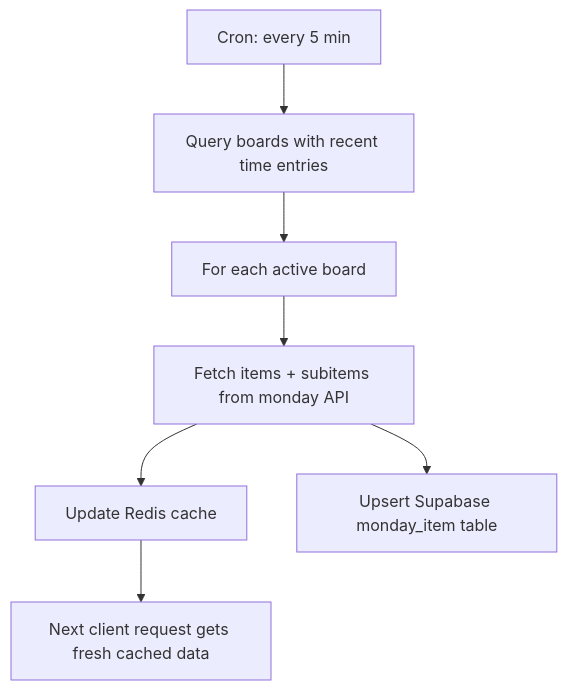
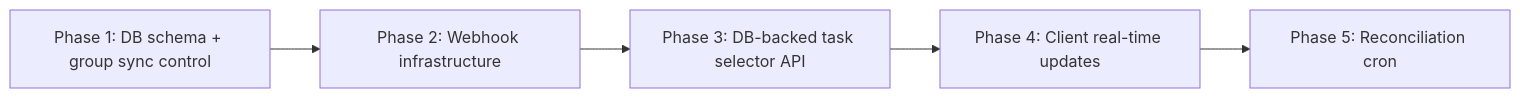
Before and after one commit to diekommunikatoere/monday_timetracker: the first of 4 diagrams in plans/optimize-task-item-selector.md, drawn with Mermaid. The commit also changed other lines of this file, not shown here.

First line of the commit message:
docs: update task selector optimization plan

````diff
--- a/plans/optimize-task-item-selector.md
+++ b/plans/optimize-task-item-selector.md
@@ -34,9 +30,7 @@
 ```mermaid
-flowchart TD
-    A[Cron: every 5 min] --> B[Query boards with recent time entries]
-    B --> C[For each active board]
-    C --> D[Fetch items + subitems from monday API]
-    D --> E[Update Redis cache]
-    D --> F[Upsert Supabase monday_item table]
-    E --> G[Next client request gets fresh cached data]
+flowchart LR
+    A[Phase 1: DB schema + group sync control] --> B[Phase 2: Webhook infrastructure]
+    B --> C[Phase 3: DB-backed task selector API]
+    C --> D[Phase 4: Client real-time updates]
+    D --> E[Phase 5: Reconciliation cron]
 ```
````
